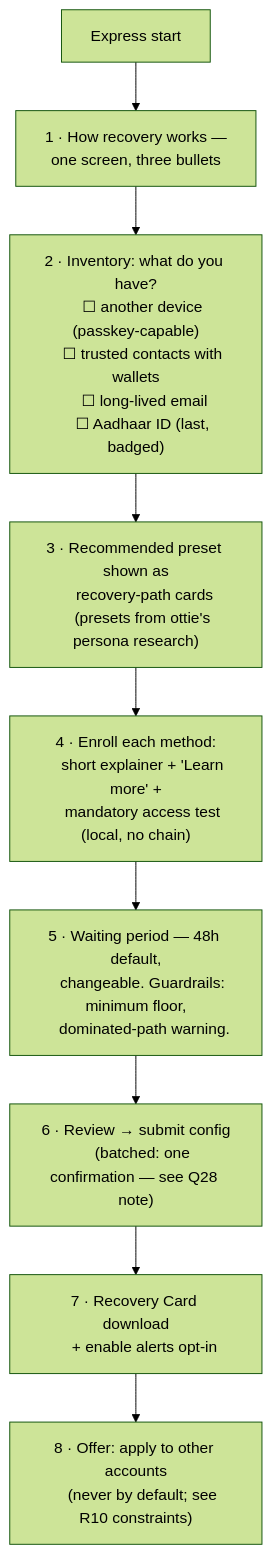
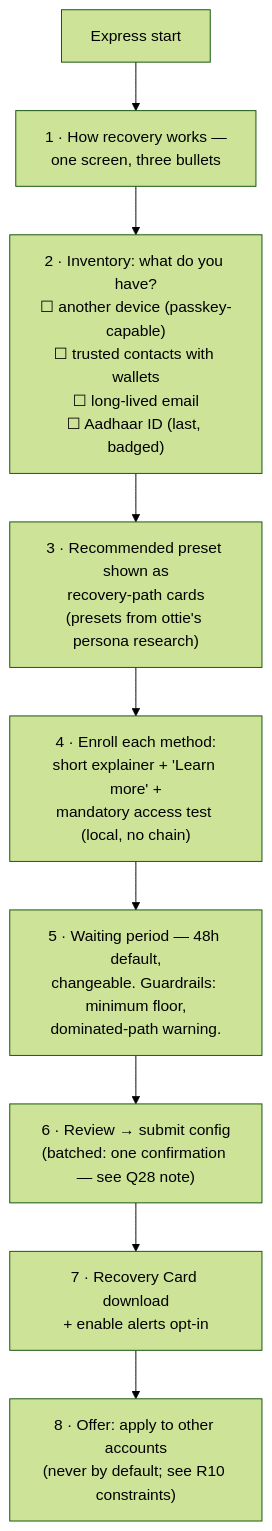
Before and after one commit to FiboAtWonder/kohaku-extension: the fourth of 10 diagrams in social-recovery-ux-flows.md, drawn with Mermaid (forest theme). The commit also changed other lines of this file, not shown here.

First line of the commit message:
docs: single-line mermaid labels + cross-flow click links

````diff
--- a/social-recovery-ux-flows.md
+++ b/social-recovery-ux-flows.md
@@ -136,25 +136,11 @@
 ```mermaid
 flowchart TD
-    A[Express start] --> B["1 · How recovery works —
-    one screen, three bullets"]
-    B --> C["2 · Inventory: what do you have?
-    ☐ another device (passkey-capable)
-    ☐ trusted contacts with wallets
-    ☐ long-lived email
-    ☐ Aadhaar ID (last, badged)"]
-    C --> D["3 · Recommended preset shown as
-    recovery-path cards
-    (presets from ottie's persona research)"]
-    D --> E["4 · Enroll each method:
-    short explainer + 'Learn more' +
-    mandatory access test (local, no chain)"]
-    E --> F["5 · Waiting period — 48h default,
-    changeable. Guardrails: minimum floor,
-    dominated-path warning."]
-    F --> G["6 · Review → submit config
-    (batched: one confirmation — see Q28 note)"]
-    G --> H["7 · Recovery Card download
-    + enable alerts opt-in"]
-    H --> I["8 · Offer: apply to other accounts
-    (never by default; see R10 constraints)"]
+    A[Express start] --> B["1 · How recovery works —<br/>one screen, three bullets"]
+    B --> C["2 · Inventory: what do you have?<br/>☐ another device (passkey-capable)<br/>☐ trusted contacts with wallets<br/>☐ long-lived email<br/>☐ Aadhaar ID (last, badged)"]
+    C --> D["3 · Recommended preset shown as<br/>recovery-path cards<br/>(presets from ottie's persona research)"]
+    D --> E["4 · Enroll each method:<br/>short explainer + 'Learn more' +<br/>mandatory access test (local, no chain)"]
+    E --> F["5 · Waiting period — 48h default,<br/>changeable. Guardrails: minimum floor,<br/>dominated-path warning."]
+    F --> G["6 · Review → submit config<br/>(batched: one confirmation — see Q28 note)"]
+    G --> H["7 · Recovery Card download<br/>+ enable alerts opt-in"]
+    H --> I["8 · Offer: apply to other accounts<br/>(never by default; see R10 constraints)"]
 ```
````
